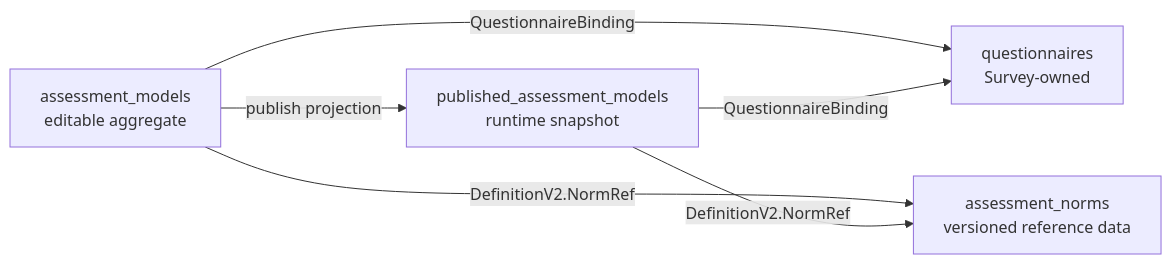
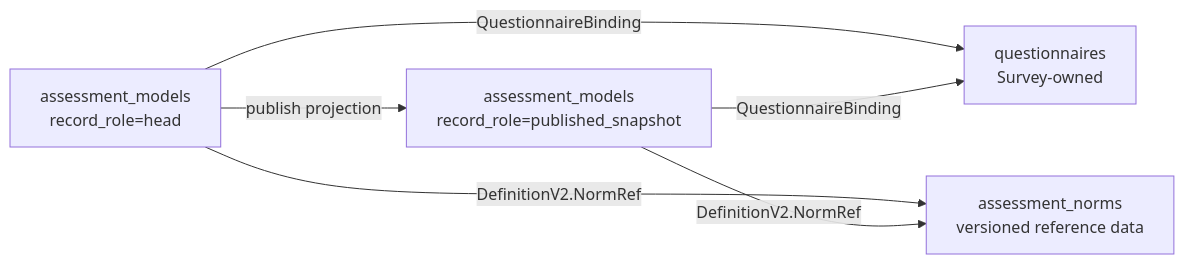
The diagram in docs/02-业务模块/20-model-catalog/22-核心设计-数据存储模型.md (FangcunMount/qs-server), drawn with Mermaid before and after one commit. The commit also changed other lines of this file and 48 other files, not shown here.

````diff
--- a/docs/02-业务模块/20-model-catalog/22-核心设计-数据存储模型.md
+++ b/docs/02-业务模块/20-model-catalog/22-核心设计-数据存储模型.md
@@ -17,13 +16,13 @@
 ```mermaid
 flowchart LR
-    D["assessment_models<br/>editable aggregate"]
-    P["published_assessment_models<br/>runtime snapshot"]
+    D["assessment_models<br/>record_role=head"]
+    P["assessment_models<br/>record_role=published_snapshot"]
     N["assessment_norms<br/>versioned reference data"]
     Q["questionnaires<br/>Survey-owned"]
 
     D -->|publish projection| P
     D -->|QuestionnaireBinding| Q
     P -->|QuestionnaireBinding| Q
     D -->|DefinitionV2.NormRef| N
     P -->|DefinitionV2.NormRef| N
 ```
````
